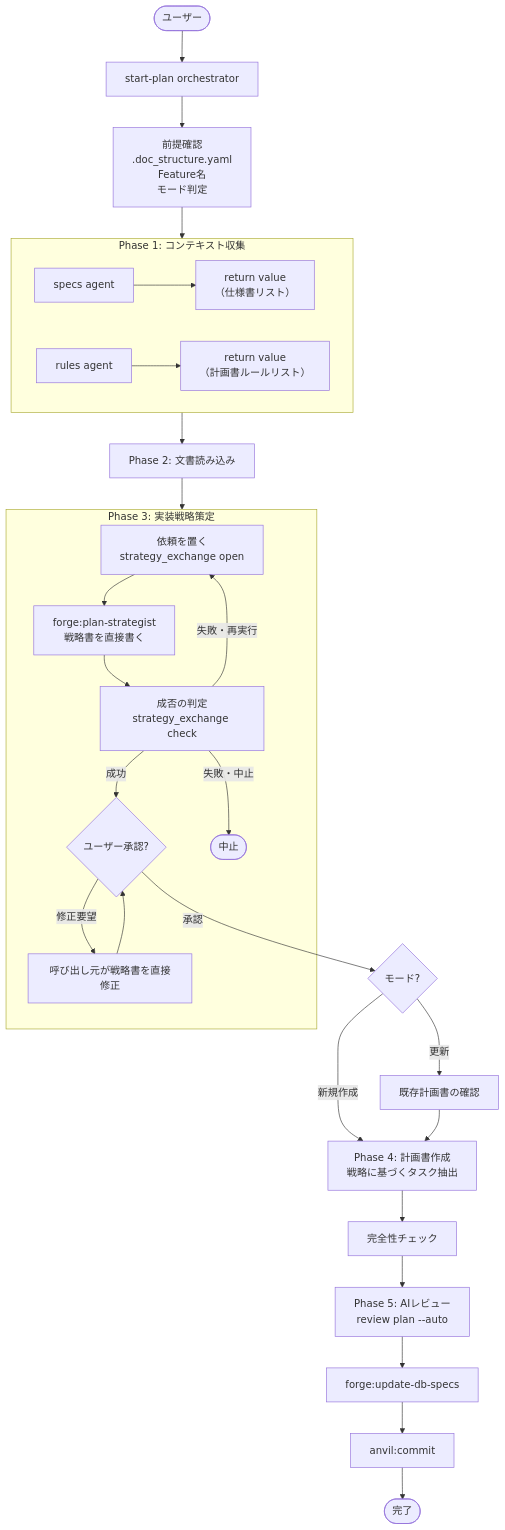
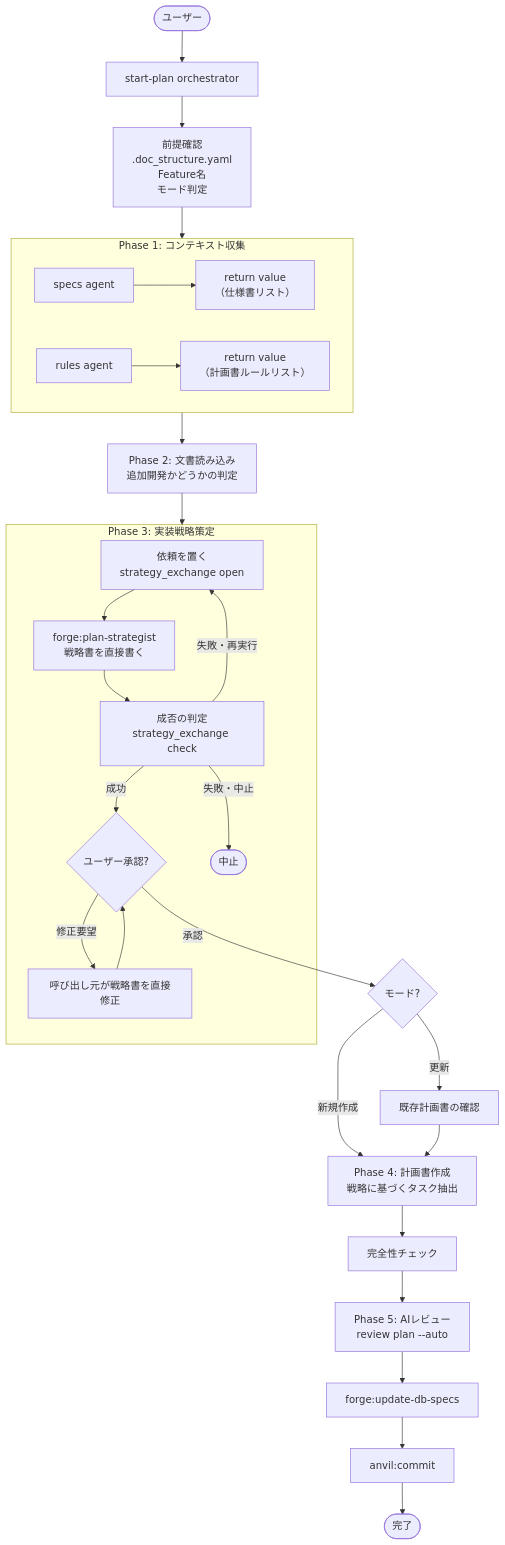
The diagram in docs/specs/forge/design/DES-019_create_plan_workflow_design.md (BlueEventHorizon/bw-cc-plugins), drawn with Mermaid before and after one commit. The commit also changed other lines of this file and 3 other files, not shown here.

````diff
--- a/docs/specs/forge/design/DES-019_create_plan_workflow_design.md
+++ b/docs/specs/forge/design/DES-019_create_plan_workflow_design.md
@@ -51,44 +51,44 @@
 ```mermaid
 flowchart TD
     User([ユーザー]) --> ORCHESTRATOR["start-plan orchestrator"]
 
     ORCHESTRATOR --> PREREQ["前提確認<br>.doc_structure.yaml<br>Feature名<br>モード判定"]
 
     PREREQ --> CONTEXT
 
     subgraph CONTEXT["Phase 1: コンテキスト収集"]
         A1["specs agent"] --> RV_SPECS["return value<br>（仕様書リスト）"]
         A2["rules agent"] --> RV_RULES["return value<br>（計画書ルールリスト）"]
     end
 
-    CONTEXT --> READ["Phase 2: 文書読み込み"]
+    CONTEXT --> READ["Phase 2: 文書読み込み<br>追加開発かどうかの判定"]
 
     READ --> STRATEGY_PHASE
 
     subgraph STRATEGY_PHASE["Phase 3: 実装戦略策定"]
         OPEN["依頼を置く<br>strategy_exchange open"] --> SA["forge:plan-strategist<br>戦略書を直接書く"]
         SA --> CHECK["成否の判定<br>strategy_exchange check"]
         CHECK -->|"成功"| APPROVAL{"ユーザー承認?"}
         CHECK -->|"失敗・再実行"| OPEN
         CHECK -->|"失敗・中止"| ABORT([中止])
         APPROVAL -->|"修正要望"| FIX["呼び出し元が戦略書を直接修正"]
         FIX --> APPROVAL
     end
 
     APPROVAL -->|"承認"| MODE_CHECK{モード?}
 
     MODE_CHECK -->|"新規作成"| CREATE
     MODE_CHECK -->|"更新"| UPDATE_CHECK
 
     UPDATE_CHECK["既存計画書の確認"] --> CREATE
 
     CREATE["Phase 4: 計画書作成<br>戦略に基づくタスク抽出"] --> QA["完全性チェック"]
 
     QA --> AI_REVIEW["Phase 5: AIレビュー<br>review plan --auto"]
 
     AI_REVIEW --> TOC["forge:update-db-specs"]
 
     TOC --> COMMIT["anvil:commit"]
 
     COMMIT --> DONE([完了])
 ```
````
